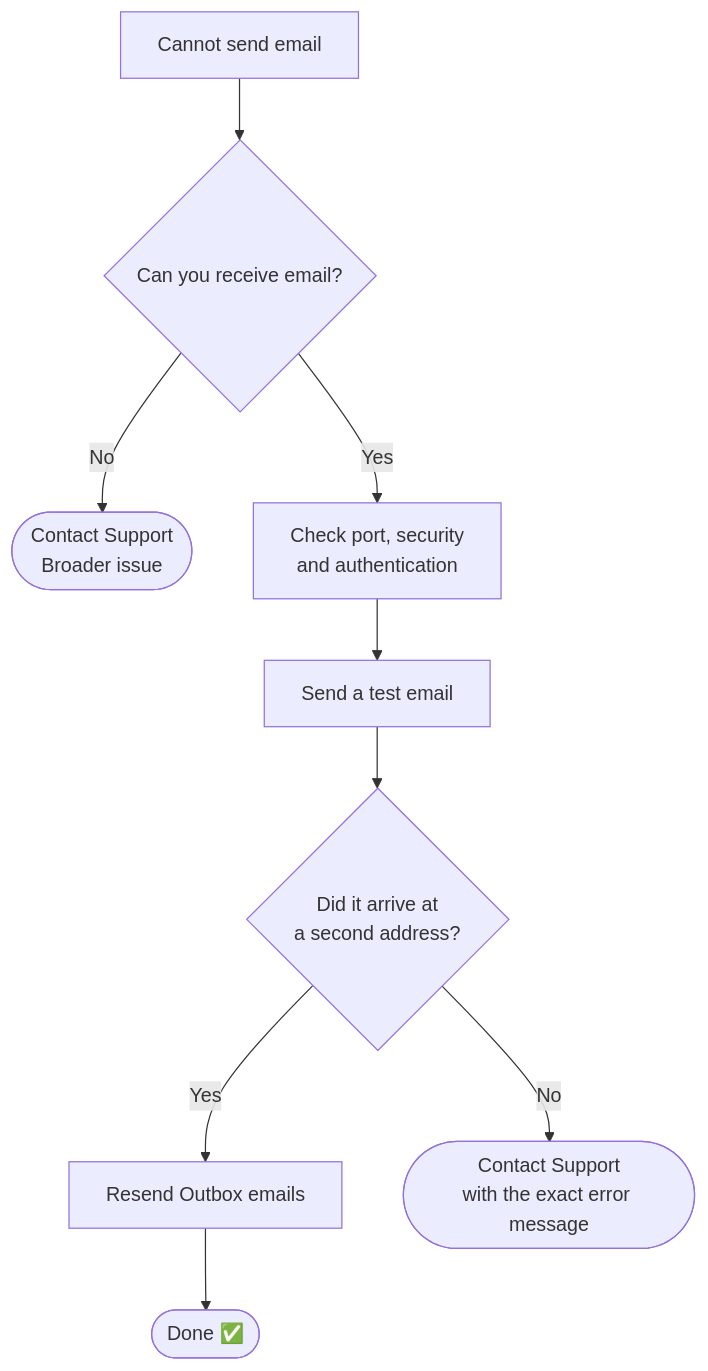
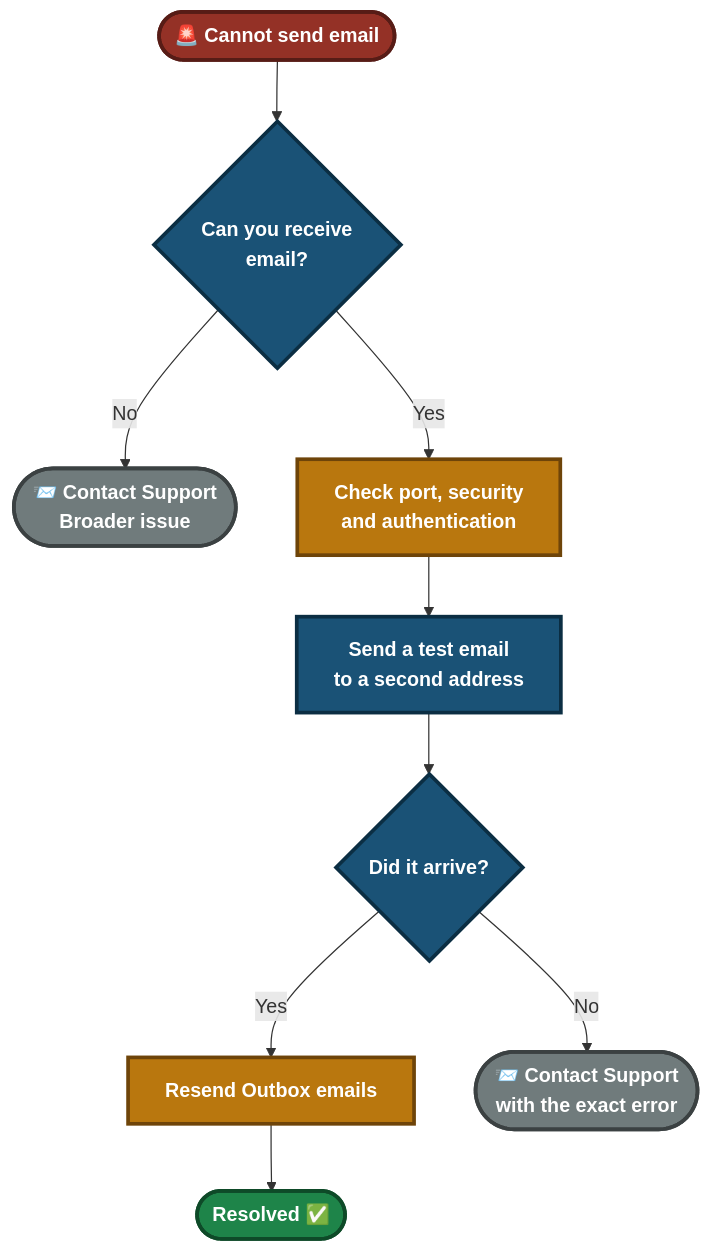
Before and after one commit to malaika-azhar/Customer-Tech-Support-Portfolio: the second of 3 diagrams in 04-Solution-guides/04.2-Email-Guide.md, drawn with Mermaid. The commit also changed other lines of this file, not shown here.

````diff
--- a/04-Solution-guides/04.2-Email-Guide.md
+++ b/04-Solution-guides/04.2-Email-Guide.md
@@ -70,11 +179,17 @@
 ```mermaid
 flowchart TD
-    A["Cannot send email"] --> B{"Can you receive email?"}
-    B -->|No| C(["Contact Support<br/>Broader issue"])
-    B -->|Yes| D["Check port, security<br/>and authentication"]
-    D --> E["Send a test email"]
-    E --> F{"Did it arrive at<br/>a second address?"}
-    F -->|Yes| G["Resend Outbox emails"]
-    G --> End(["Done ✅"])
-    F -->|No| H(["Contact Support<br/>with the exact error message"])
+    A(["🚨 Cannot send email"]):::start --> B{"Can you receive<br/>email?"}:::step
+    B -->|No| C(["📨 Contact Support<br/>Broader issue"]):::esc
+    B -->|Yes| D["Check port, security<br/>and authentication"]:::fix
+    D --> E["Send a test email<br/>to a second address"]:::step
+    E --> F{"Did it arrive?"}:::step
+    F -->|Yes| G["Resend Outbox emails"]:::fix
+    G --> End(["Resolved ✅"]):::ok
+    F -->|No| H(["📨 Contact Support<br/>with the exact error"]):::esc
+
+    classDef start fill:#943126,stroke:#571C16,stroke-width:3px,color:#FFFFFF,font-weight:bold
+    classDef step fill:#1A5276,stroke:#0B2E43,stroke-width:3px,color:#FFFFFF,font-weight:bold
+    classDef fix fill:#B9770E,stroke:#6E4409,stroke-width:3px,color:#FFFFFF,font-weight:bold
+    classDef ok fill:#1E8449,stroke:#0E4A28,stroke-width:3px,color:#FFFFFF,font-weight:bold
+    classDef esc fill:#707B7C,stroke:#3B4142,stroke-width:3px,color:#FFFFFF,font-weight:bold
 ```
````
